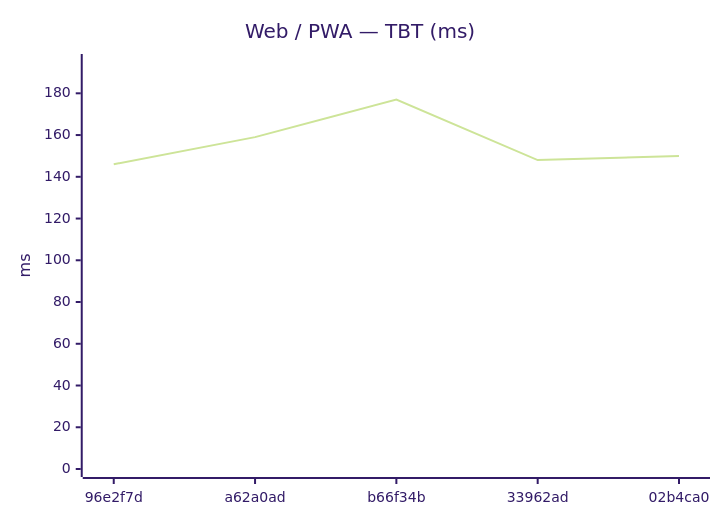
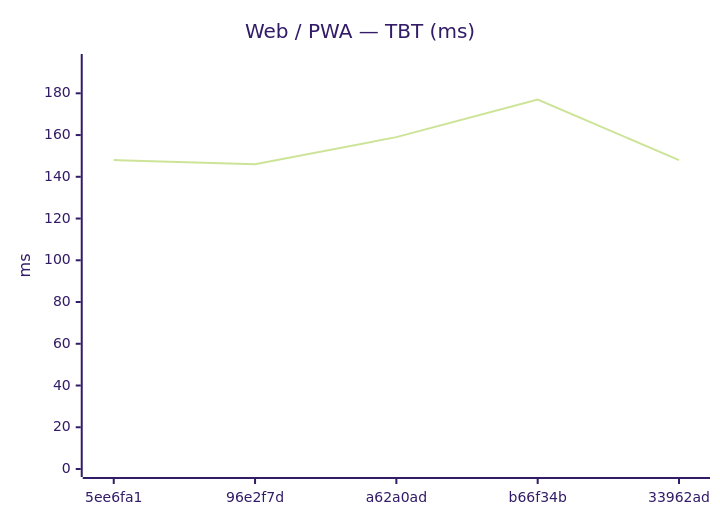
The eighth of 18 diagrams in benchmarks/compare.md (Metaheurist/Rianell), drawn with Mermaid (forest theme) before and after one commit. The commit also changed other lines of this file and 11 other files, not shown here.

````diff
--- a/benchmarks/compare.md
+++ b/benchmarks/compare.md
@@ -124,7 +124,7 @@
 ```mermaid
 xychart-beta
     title "Web / PWA — TBT (ms)"
-    x-axis ["96e2f7d", "a62a0ad", "b66f34b", "33962ad", "02b4ca0"]
+    x-axis ["5ee6fa1", "96e2f7d", "a62a0ad", "b66f34b", "33962ad"]
     y-axis "ms" 0 --> 195
-    line [146, 159, 177, 148, 150]
+    line [148, 146, 159, 177, 148]
 ```
````
